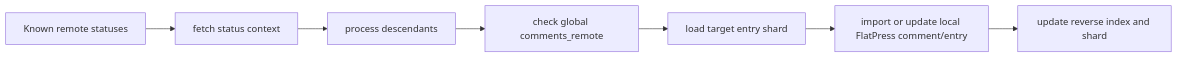
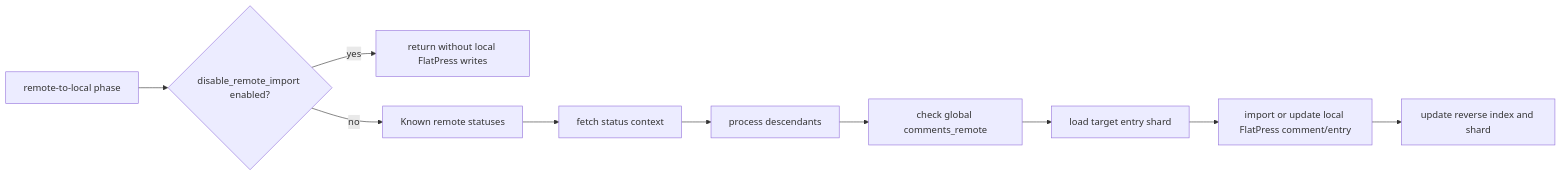
The third of 6 diagrams in fp-plugins/mastodon/developer-docs/07-Function-Organigram.md (flatpressblog/flatpress), drawn with Mermaid before and after one commit. The commit also changed other lines of this file and 26 other files, not shown here.

````diff
--- a/fp-plugins/mastodon/developer-docs/07-Function-Organigram.md
+++ b/fp-plugins/mastodon/developer-docs/07-Function-Organigram.md
@@ -93,9 +95,12 @@
 ```mermaid
 flowchart LR
-	Known[Known remote statuses] --> Context[fetch status context]
+	Start[remote-to-local phase] --> Enabled{disable_remote_import enabled?}
+	Enabled -- yes --> Skip[return without local FlatPress writes]
+	Enabled -- no --> Known[Known remote statuses]
+	Known --> Context[fetch status context]
 	Context --> Desc[process descendants]
 	Desc --> Reverse[check global comments_remote]
 	Reverse --> Shard[load target entry shard]
 	Shard --> Import[import or update local FlatPress comment/entry]
 	Import --> Persist[update reverse index and shard]
 ```
````
